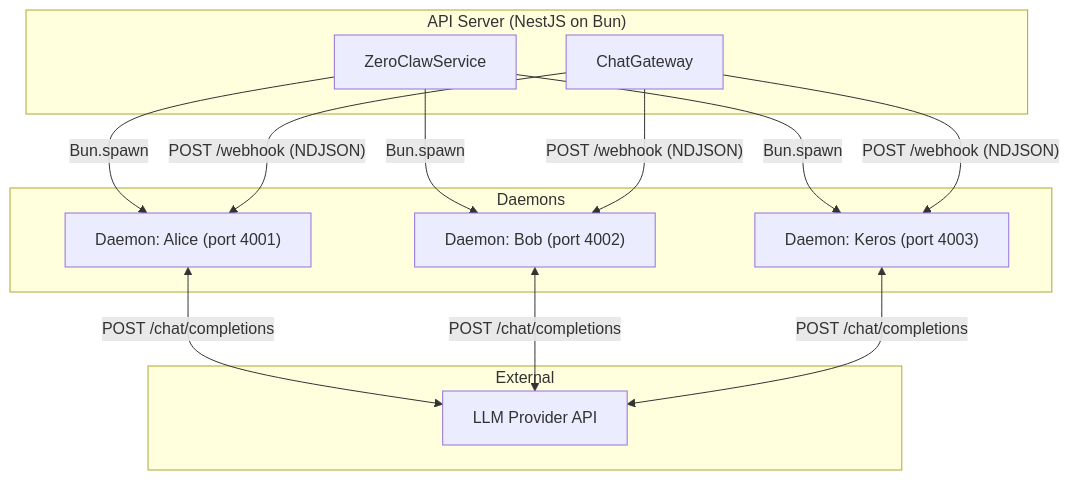
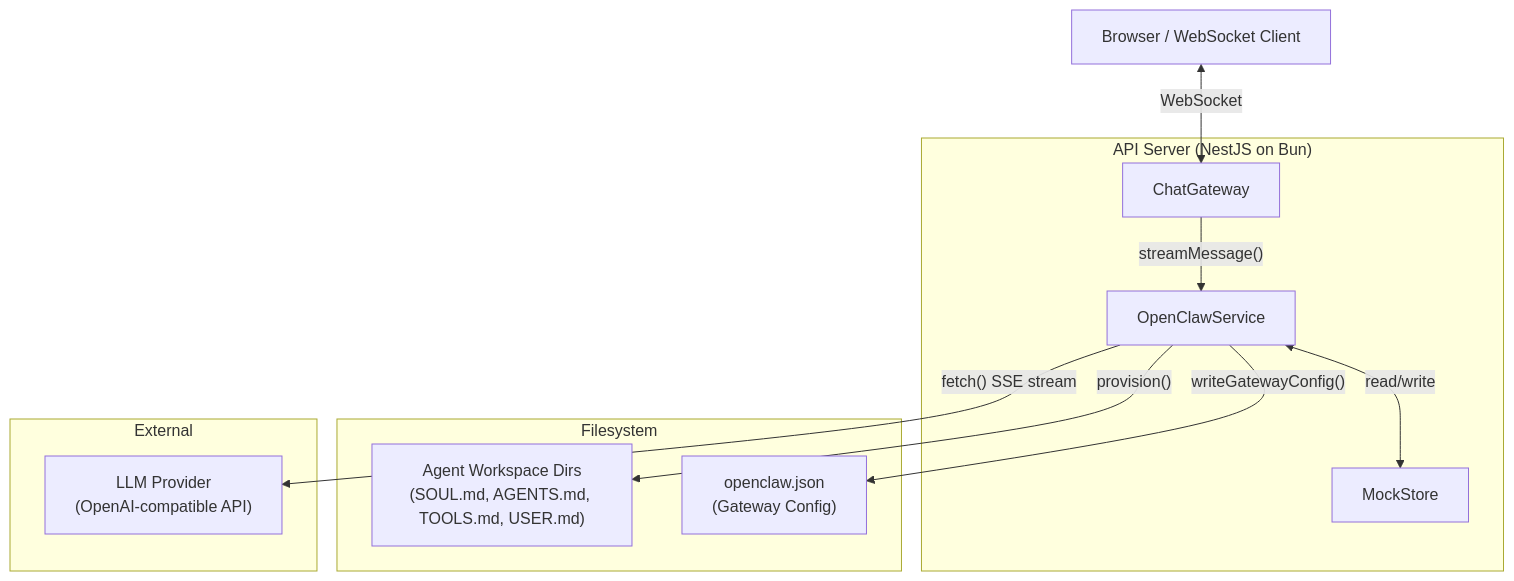
One commit to pde-rent/monokeros changed the first of 5 diagrams in docs/technical/daemon.md. Above: the diagram before and after it, drawn with Mermaid. The commit also changed other lines of this file and 31 other files, not shown here.

First line of the commit message:
feat: rewrite docs for OpenClaw, add acceptance criteria and artifact models

````diff
--- a/docs/technical/daemon.md
+++ b/docs/technical/daemon.md
@@ -16,27 +11,24 @@
 ```mermaid
 flowchart TD
     subgraph API["API Server (NestJS on Bun)"]
-        ZCS[ZeroClawService]
+        OCS[OpenClawService]
         CG[ChatGateway]
+        ST[MockStore]
     end
 
-    subgraph Daemons
-        D1["Daemon: Alice (port 4001)"]
-        D2["Daemon: Bob (port 4002)"]
-        D3["Daemon: Keros (port 4003)"]
+    subgraph FS["Filesystem"]
+        WD["Agent Workspace Dirs\n(SOUL.md, AGENTS.md, TOOLS.md, USER.md)"]
+        CF["openclaw.json\n(Gateway Config)"]
     end
 
     subgraph External
-        LLM[LLM Provider API]
+        LLM["LLM Provider\n(OpenAI-compatible API)"]
     end
 
-    ZCS -->|"Bun.spawn"| D1
-    ZCS -->|"Bun.spawn"| D2
-    ZCS -->|"Bun.spawn"| D3
-    D1 <-->|"POST /chat/completions"| LLM
-    D2 <-->|"POST /chat/completions"| LLM
-    D3 <-->|"POST /chat/completions"| LLM
-    CG -->|"POST /webhook (NDJSON)"| D1
-    CG -->|"POST /webhook (NDJSON)"| D2
-    CG -->|"POST /webhook (NDJSON)"| D3
+    Client["Browser / WebSocket Client"] <-->|"WebSocket"| CG
+    CG -->|"streamMessage()"| OCS
+    OCS -->|"fetch() SSE stream"| LLM
+    OCS -->|"provision()"| WD
+    OCS -->|"writeGatewayConfig()"| CF
+    OCS <-->|"read/write"| ST
 ```
````
